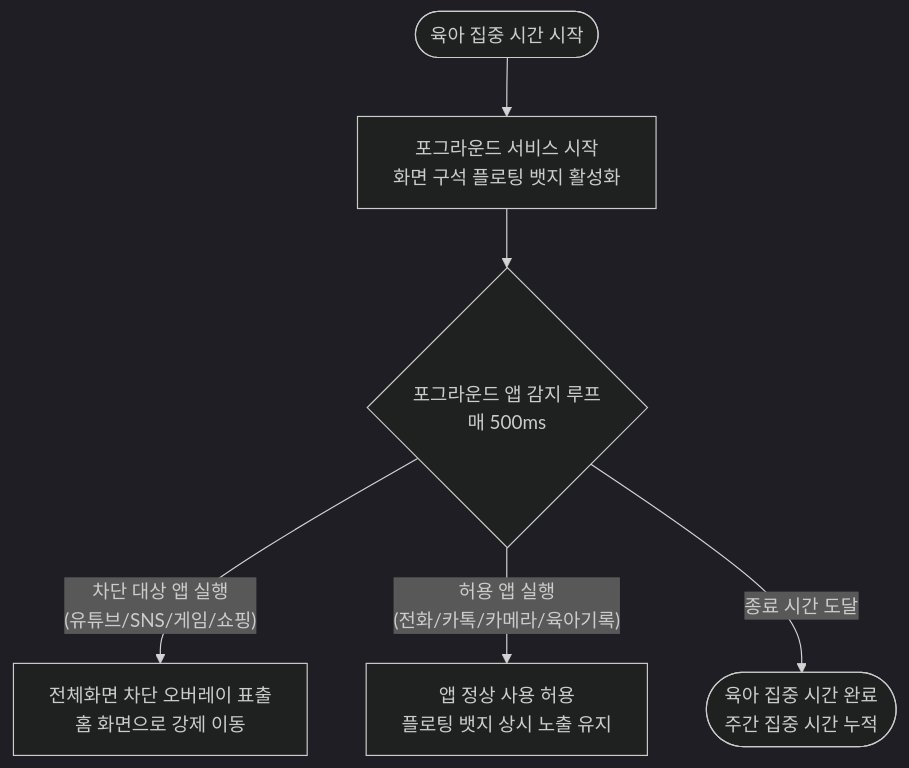
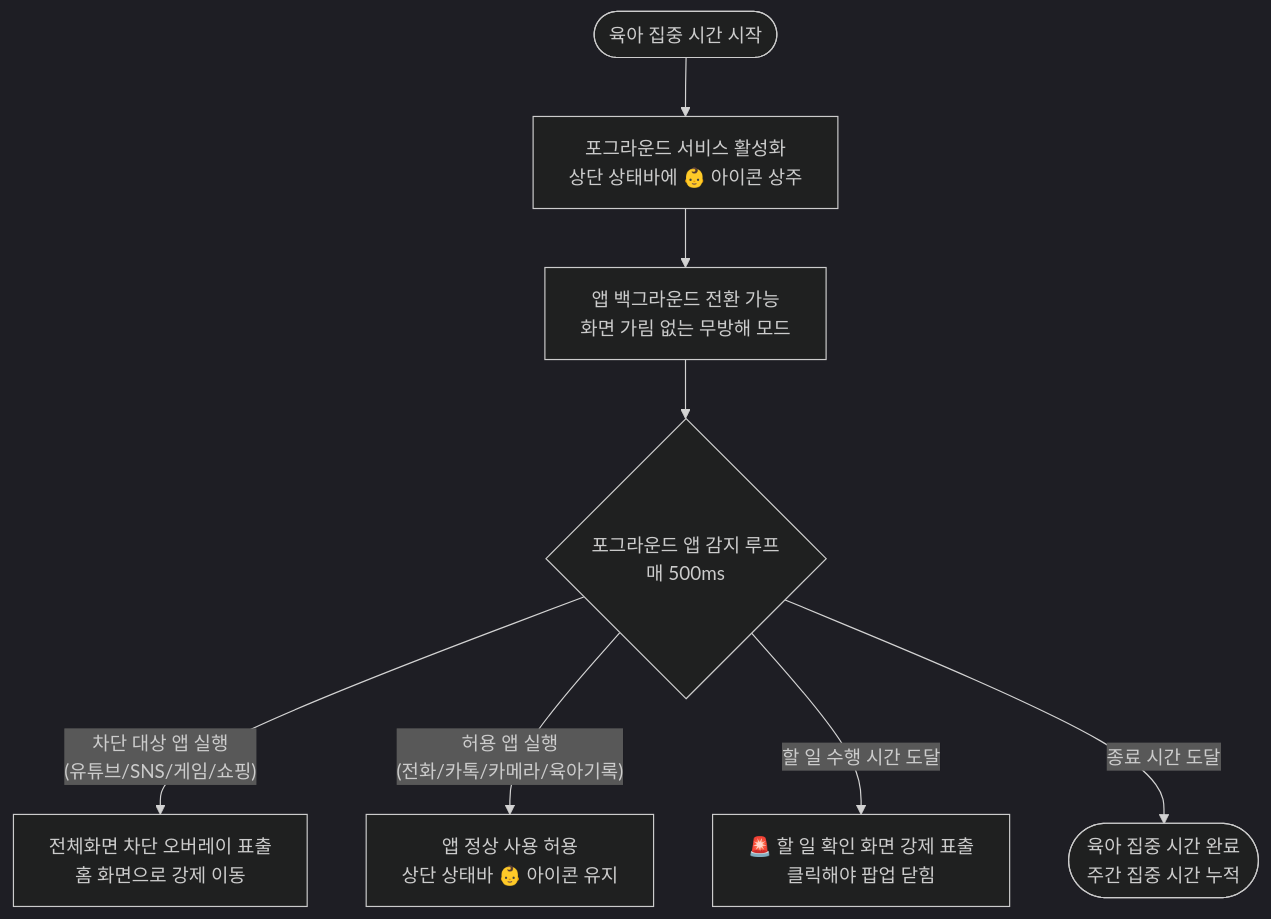
One commit to Sqoff/for-my-kids changed the first of 8 diagrams in docs/specs/core-system.md. Above: the diagram before and after it, drawn with Mermaid (dark theme). The commit also changed other lines of this file and 74 other files, not shown here.

````diff
--- a/docs/specs/core-system.md
+++ b/docs/specs/core-system.md
@@ -30,9 +30,11 @@
 ```mermaid
 flowchart TD
-    Start([육아 집중 시간 시작]) --> InitOverlay[포그라운드 서비스 시작<br/>화면 구석 플로팅 뱃지 활성화]
-    InitOverlay --> Monitoring{포그라운드 앱 감지 루프<br/>매 500ms}
+    Start([육아 집중 시간 시작]) --> InitService[포그라운드 서비스 활성화<br/>상단 상태바에 👶 아이콘 상주]
+    InitService --> UserAction[앱 백그라운드 전환 가능<br/>화면 가림 없는 무방해 모드]
+    UserAction --> Monitoring{포그라운드 앱 감지 루프<br/>매 500ms}
     
     Monitoring -- 차단 대상 앱 실행<br/>(유튜브/SNS/게임/쇼핑) --> BlockAction[전체화면 차단 오버레이 표출<br/>홈 화면으로 강제 이동]
-    Monitoring -- 허용 앱 실행<br/>(전화/카톡/카메라/육아기록) --> AllowAction[앱 정상 사용 허용<br/>플로팅 뱃지 상시 노출 유지]
+    Monitoring -- 허용 앱 실행<br/>(전화/카톡/카메라/육아기록) --> AllowAction[앱 정상 사용 허용<br/>상단 상태바 👶 아이콘 유지]
+    Monitoring -- 할 일 수행 시간 도달 --> TaskAlert[🚨 할 일 확인 화면 강제 표출<br/>클릭해야 팝업 닫힘]
     Monitoring -- 종료 시간 도달 --> End([육아 집중 시간 완료<br/>주간 집중 시간 누적])
 ```
````
